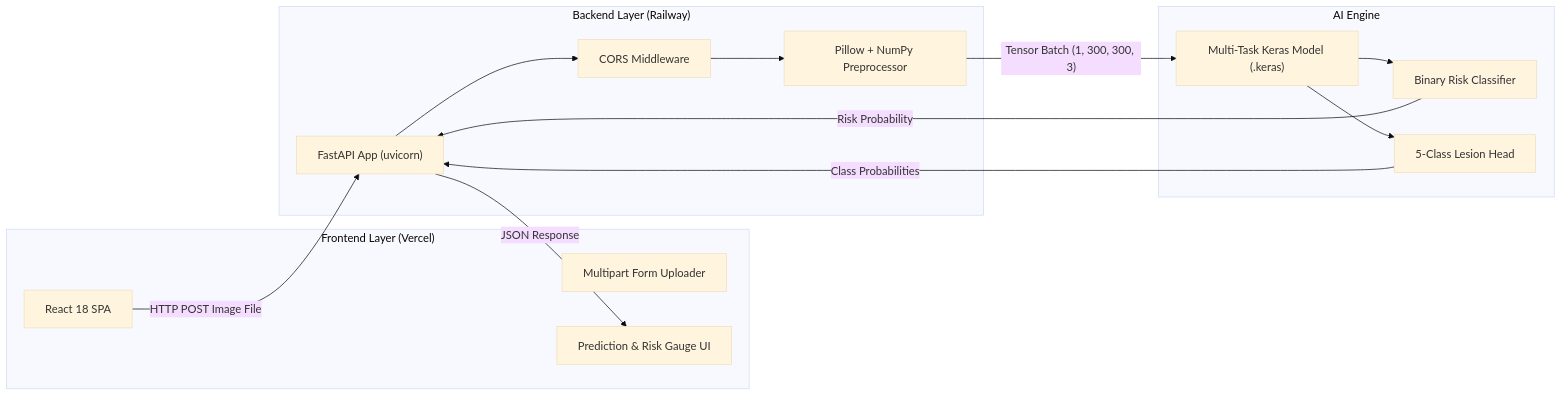
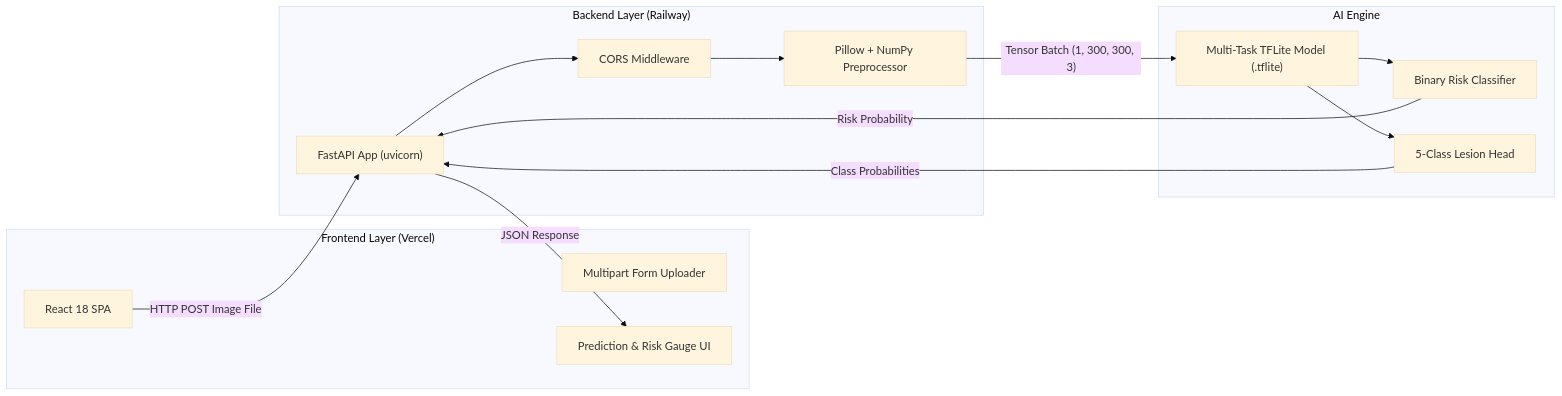
One commit to RaihanHadriansyah21/DermaScan_Project changed the second of 2 diagrams in README.md. Above: the diagram before and after it, drawn with Mermaid (base theme). The commit also changed other lines of this file and 2 other files, not shown here.

````diff
--- a/README.md
+++ b/README.md
@@ -80,30 +82,30 @@
 ```mermaid
 graph LR
     subgraph Client["Frontend Layer (Vercel)"]
         UI["React 18 SPA"]
         Form["Multipart Form Uploader"]
         Display["Prediction & Risk Gauge UI"]
     end
 
     subgraph Server["Backend Layer (Railway)"]
         API["FastAPI App (uvicorn)"]
         CORS["CORS Middleware"]
         Preprocess["Pillow + NumPy Preprocessor"]
     end
 
     subgraph ModelLayer["AI Engine"]
-        KerasModel["Multi-Task Keras Model (.keras)"]
+        KerasModel["Multi-Task TFLite Model (.tflite)"]
         RiskHead["Binary Risk Classifier"]
         LesionHead["5-Class Lesion Head"]
     end
 
     UI -->|"HTTP POST Image File"| API
     API --> CORS
     CORS --> Preprocess
     Preprocess -->|"Tensor Batch (1, 300, 300, 3)"| KerasModel
     KerasModel --> RiskHead
     KerasModel --> LesionHead
     RiskHead -->|"Risk Probability"| API
     LesionHead -->|"Class Probabilities"| API
     API -->|"JSON Response"| Display
 ```
````
